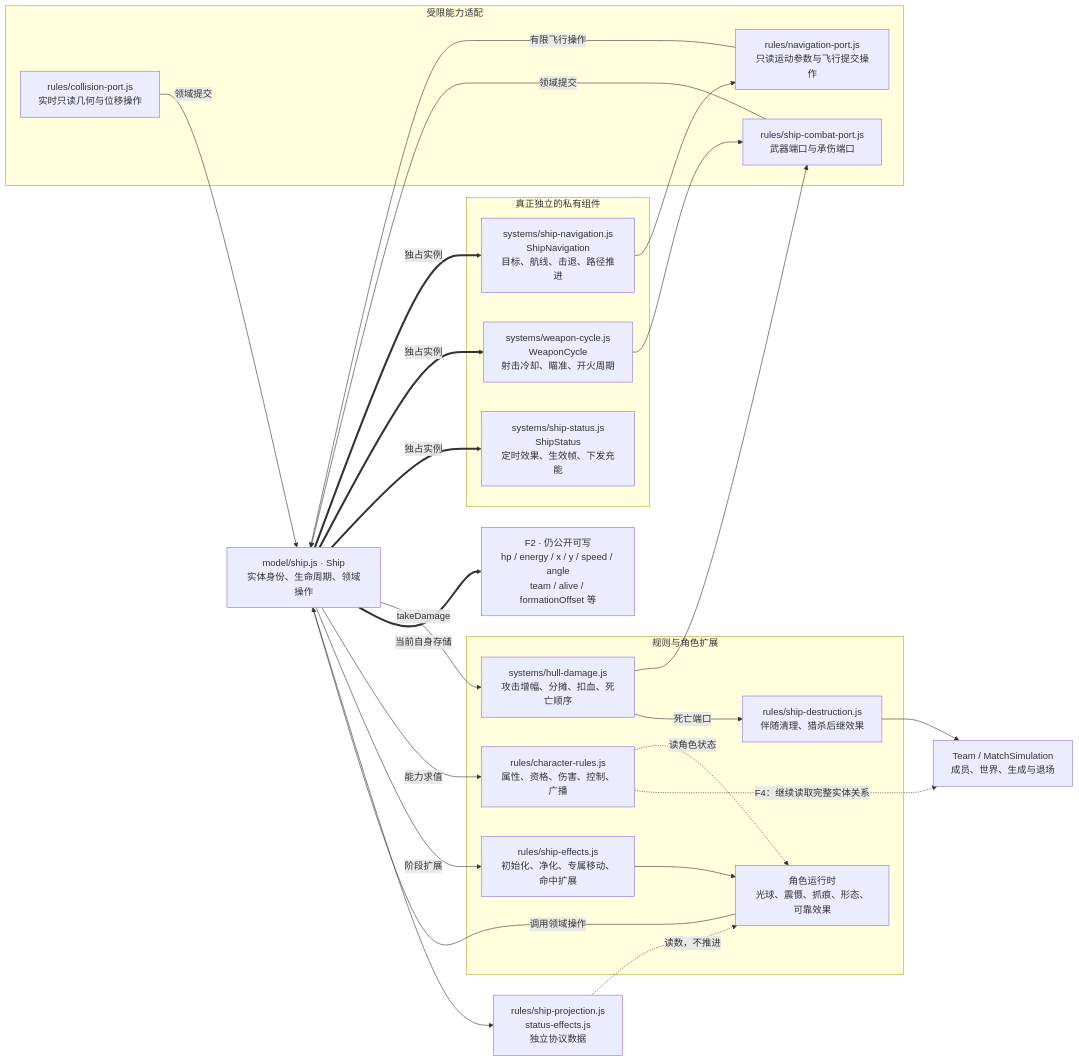
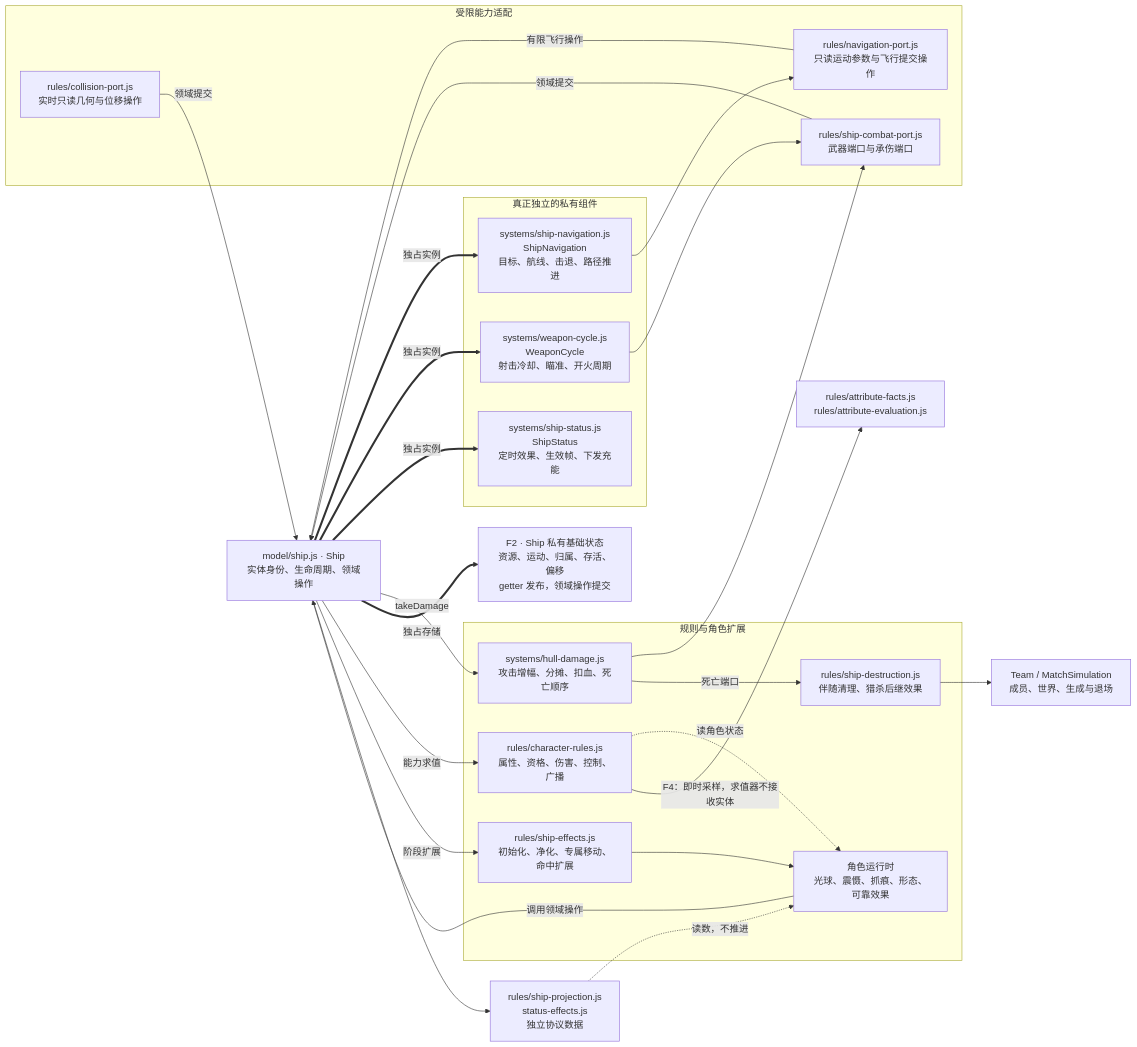
The second of 8 diagrams in docs/architecture-map.md (Haruhi-Labs/TDOS), drawn with Mermaid before and after one commit. The commit also changed other lines of this file and 4 other files, not shown here.

Commit message:
docs(architecture): 更新状态所有权地图与完整验收证据

````diff
--- a/docs/architecture-map.md
+++ b/docs/architecture-map.md
@@ -84,43 +84,43 @@
 ```mermaid
 flowchart LR
   S["model/ship.js · Ship<br/>实体身份、生命周期、领域操作"]
   subgraph owned[真正独立的私有组件]
     N["systems/ship-navigation.js<br/>ShipNavigation<br/>目标、航线、击退、路径推进"]
     W["systems/weapon-cycle.js<br/>WeaponCycle<br/>射击冷却、瞄准、开火周期"]
     ST["systems/ship-status.js<br/>ShipStatus<br/>定时效果、生效帧、下发充能"]
   end
   subgraph ports[受限能力适配]
     NP["rules/navigation-port.js<br/>只读运动参数与飞行提交操作"]
     CP["rules/ship-combat-port.js<br/>武器端口与承伤端口"]
     COL["rules/collision-port.js<br/>实时只读几何与位移操作"]
   end
   subgraph rules[规则与角色扩展]
     HD["systems/hull-damage.js<br/>攻击增幅、分摊、扣血、死亡顺序"]
     CR["rules/character-rules.js<br/>属性、资格、伤害、控制、广播"]
     SE["rules/ship-effects.js<br/>初始化、净化、专属移动、命中扩展"]
     DEST["rules/ship-destruction.js<br/>伴随清理、猎杀后继效果"]
     ROLE["角色运行时<br/>光球、震慑、抓痕、形态、可靠效果"]
   end
-  PUB["F2 · 仍公开可写<br/>hp / energy / x / y / speed / angle<br/>team / alive / formationOffset 等"]
+  PUB["F2 · Ship 私有基础状态<br/>资源、运动、归属、存活、偏移<br/>getter 发布，领域操作提交"]
   PROJ["rules/ship-projection.js<br/>status-effects.js<br/>独立协议数据"]
   TEAM["Team / MatchSimulation<br/>成员、世界、生成与退场"]
   S ==>|独占实例| N & W & ST
   N --> NP
   NP -->|有限飞行操作| S
   W --> CP
   S -->|takeDamage| HD
   HD --> CP
   CP -->|领域提交| S
   COL -->|领域提交| S
-  S ==>|当前自身存储| PUB
+  S ==>|独占存储| PUB
   S -->|能力求值| CR
   S -->|阶段扩展| SE
   SE --> ROLE
   CR -.->|读角色状态| ROLE
-  CR -.->|F4：继续读取完整实体关系| TEAM
+  CR -->|F4：即时采样，求值器不接收实体| FACTS["rules/attribute-facts.js<br/>rules/attribute-evaluation.js"]
   ROLE -->|调用领域操作| S
   HD -->|死亡端口| DEST
   DEST --> TEAM
   S --> PROJ
   PROJ -.->|读数，不推进| ROLE
 ```
````
